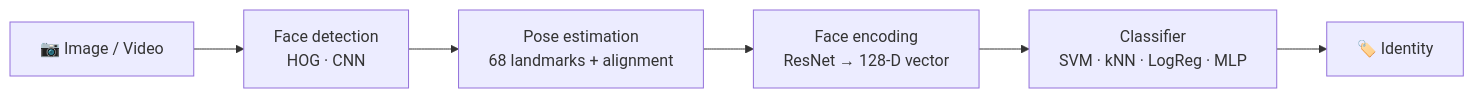
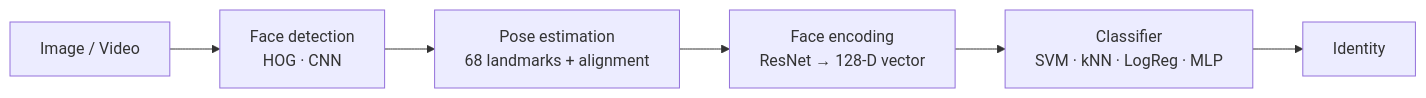
Before and after one commit to oscar-brault/Face-Recognition: the diagram in README.md, drawn with Mermaid. The commit also changed other lines of this file, not shown here.

Commit message:
Refine README.md for improved clarity
Removed unnecessary words for clarity.

````diff
--- a/README.md
+++ b/README.md
@@ -31,8 +31,8 @@
 ```mermaid
 flowchart LR
-    A[📷 Image / Video] --> B[Face detection<br/>HOG · CNN]
+    A[Image / Video] --> B[Face detection<br/>HOG · CNN]
     B --> C[Pose estimation<br/>68 landmarks + alignment]
     C --> D[Face encoding<br/>ResNet → 128‑D vector]
     D --> E[Classifier<br/>SVM · kNN · LogReg · MLP]
-    E --> F[🏷️ Identity]
+    E --> F[Identity]
 ```
````
